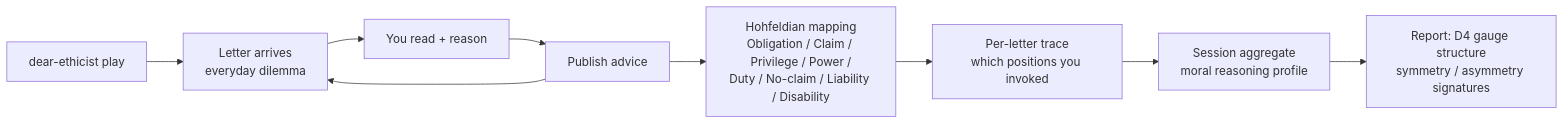
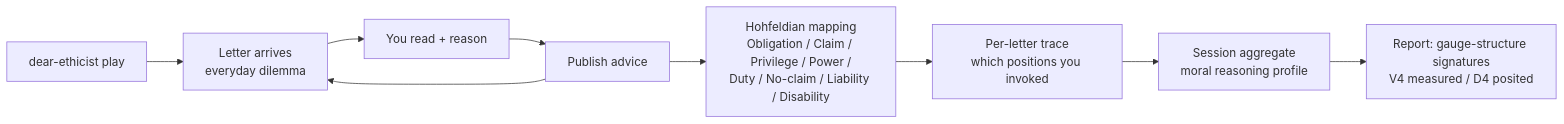
One commit to ahb-sjsu/sqnd-probe changed the diagram in README.md. Above: the diagram before and after it, drawn with Mermaid. The commit also changed other lines of this file and 10 other files, not shown here.

````diff
--- a/README.md
+++ b/README.md
@@ -36,16 +46,16 @@
 ```mermaid
 flowchart LR
     START[dear-ethicist play]
     LETTER[Letter arrives<br/>everyday dilemma]
     THINK[You read + reason]
     VERDICT[Publish advice]
 
     MAP["Hohfeldian mapping<br/>Obligation / Claim / Privilege / Power /<br/>Duty / No-claim / Liability / Disability"]
     TRACE[Per-letter trace<br/>which positions you invoked]
     AGG[Session aggregate<br/>moral reasoning profile]
-    REP[Report: D4 gauge structure<br/>symmetry / asymmetry signatures]
+    REP[Report: gauge-structure signatures<br/>V4 measured / D4 posited]
 
     START --> LETTER --> THINK --> VERDICT
     VERDICT --> MAP --> TRACE --> AGG --> REP
     VERDICT --> LETTER
 ```
````
